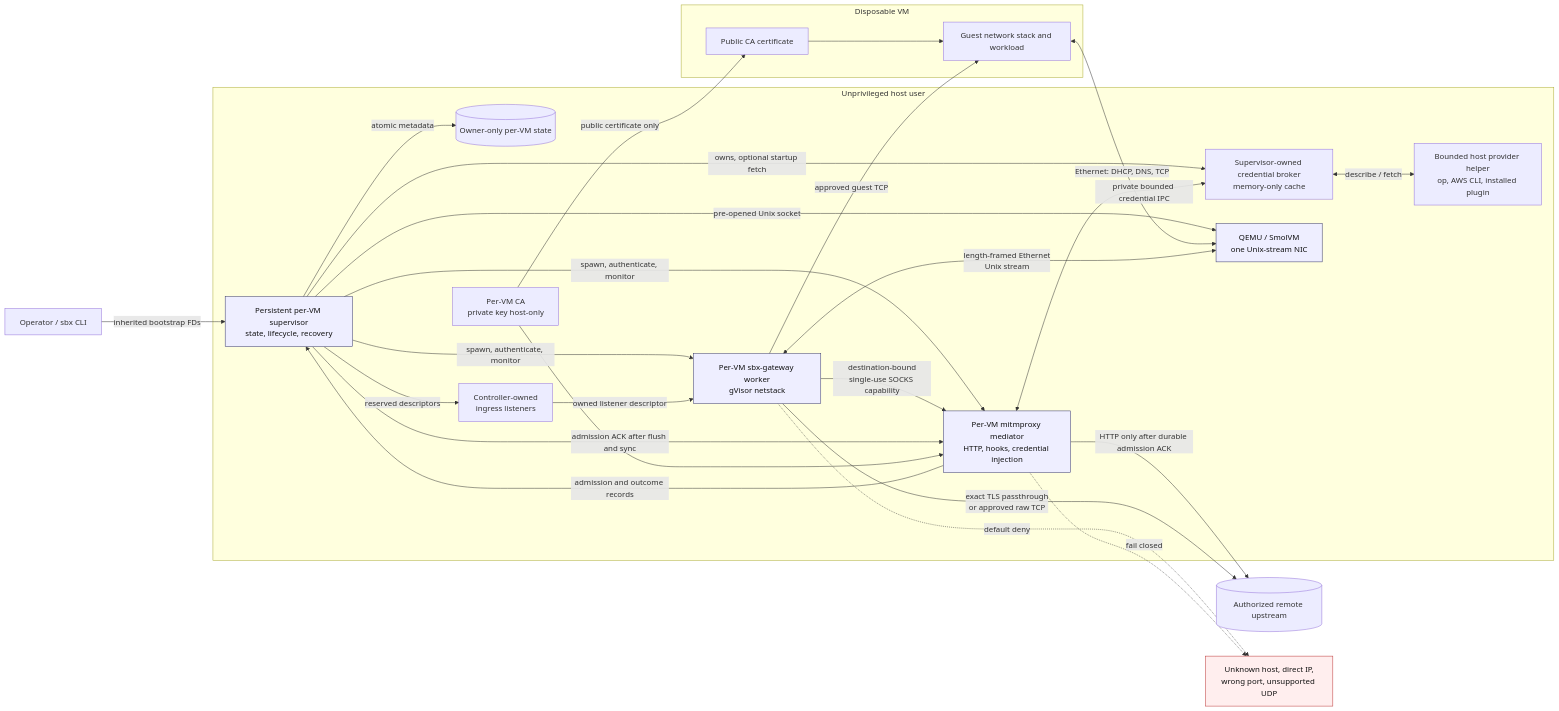
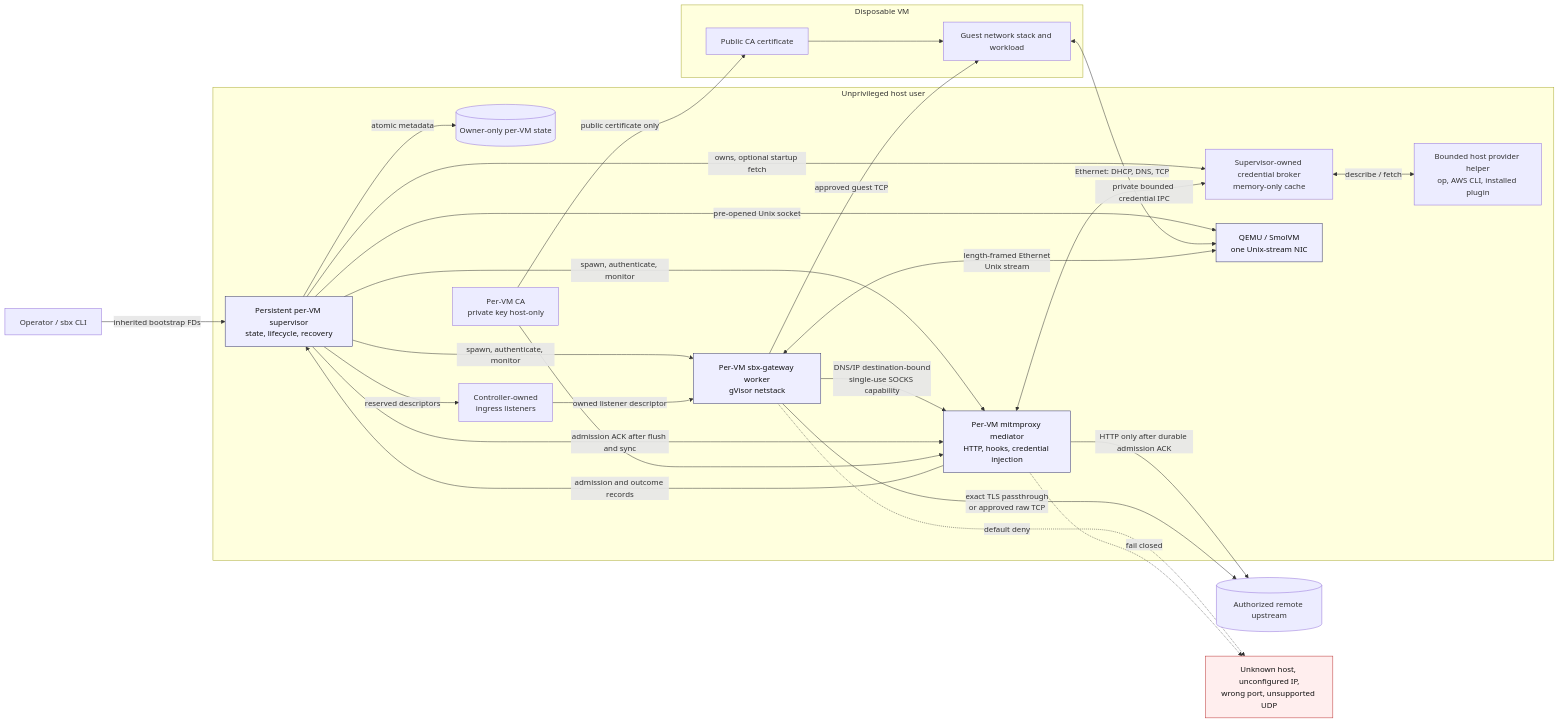
One commit to nueces/sbx changed the diagram in docs/rootless-network-gateway-components.mmd. Above: the diagram before and after it, drawn with Mermaid. The commit also changed 30 other files, not shown here.

```diff
--- a/docs/rootless-network-gateway-components.mmd
+++ b/docs/rootless-network-gateway-components.mmd
@@ -1,55 +1,55 @@
 flowchart LR
   Operator[Operator / sbx CLI]
 
   subgraph Host[Unprivileged host user]
     Supervisor[Persistent per-VM supervisor<br/>state, lifecycle, recovery]
     State[(Owner-only per-VM state)]
     Ingress[Controller-owned<br/>ingress listeners]
     Worker[Per-VM sbx-gateway worker<br/>gVisor netstack]
     Mediator[Per-VM mitmproxy mediator<br/>HTTP, hooks, credential injection]
     Broker[Supervisor-owned credential broker<br/>memory-only cache]
     Provider[Bounded host provider helper<br/>op, AWS CLI, installed plugin]
     CA[Per-VM CA<br/>private key host-only]
     QEMU[QEMU / SmolVM<br/>one Unix-stream NIC]
   end
 
   Upstream[(Authorized remote upstream)]
 
   subgraph VM[Disposable VM]
     Guest[Guest network stack and workload]
     GuestCA[Public CA certificate]
   end
 
   Operator -->|inherited bootstrap FDs| Supervisor
   Supervisor -->|atomic metadata| State
   Supervisor -->|spawn, authenticate, monitor| Worker
   Supervisor -->|spawn, authenticate, monitor| Mediator
   Supervisor -->|pre-opened Unix socket| QEMU
   Supervisor -->|reserved descriptors| Ingress
   Supervisor -->|owns, optional startup fetch| Broker
 
   Guest <-->|Ethernet: DHCP, DNS, TCP| QEMU
   QEMU <-->|length-framed Ethernet<br/>Unix stream| Worker
 
-  Worker -->|destination-bound<br/>single-use SOCKS capability| Mediator
+  Worker -->|DNS/IP destination-bound<br/>single-use SOCKS capability| Mediator
   Mediator -->|HTTP only after durable admission ACK| Upstream
   Mediator <-->|private bounded credential IPC| Broker
   Broker <-->|describe / fetch| Provider
   Mediator -->|admission and outcome records| Supervisor
   Supervisor -->|admission ACK after flush and sync| Mediator
   Worker -->|exact TLS passthrough<br/>or approved raw TCP| Upstream
 
   Ingress -->|owned listener descriptor| Worker
   Worker -->|approved guest TCP| Guest
 
   CA --> Mediator
   CA -->|public certificate only| GuestCA
   GuestCA --> Guest
 
-  Worker -. default deny .-> Denied[Unknown host, direct IP,<br/>wrong port, unsupported UDP]
+  Worker -. default deny .-> Denied[Unknown host, unconfigured IP,<br/>wrong port, unsupported UDP]
   Mediator -. fail closed .-> Denied
 
   classDef security fill:#fee,stroke:#b33,color:#111;
   classDef runtime fill:#eef,stroke:#336,color:#111;
   class Denied security;
   class Supervisor,Worker,Mediator,QEMU runtime;
```
